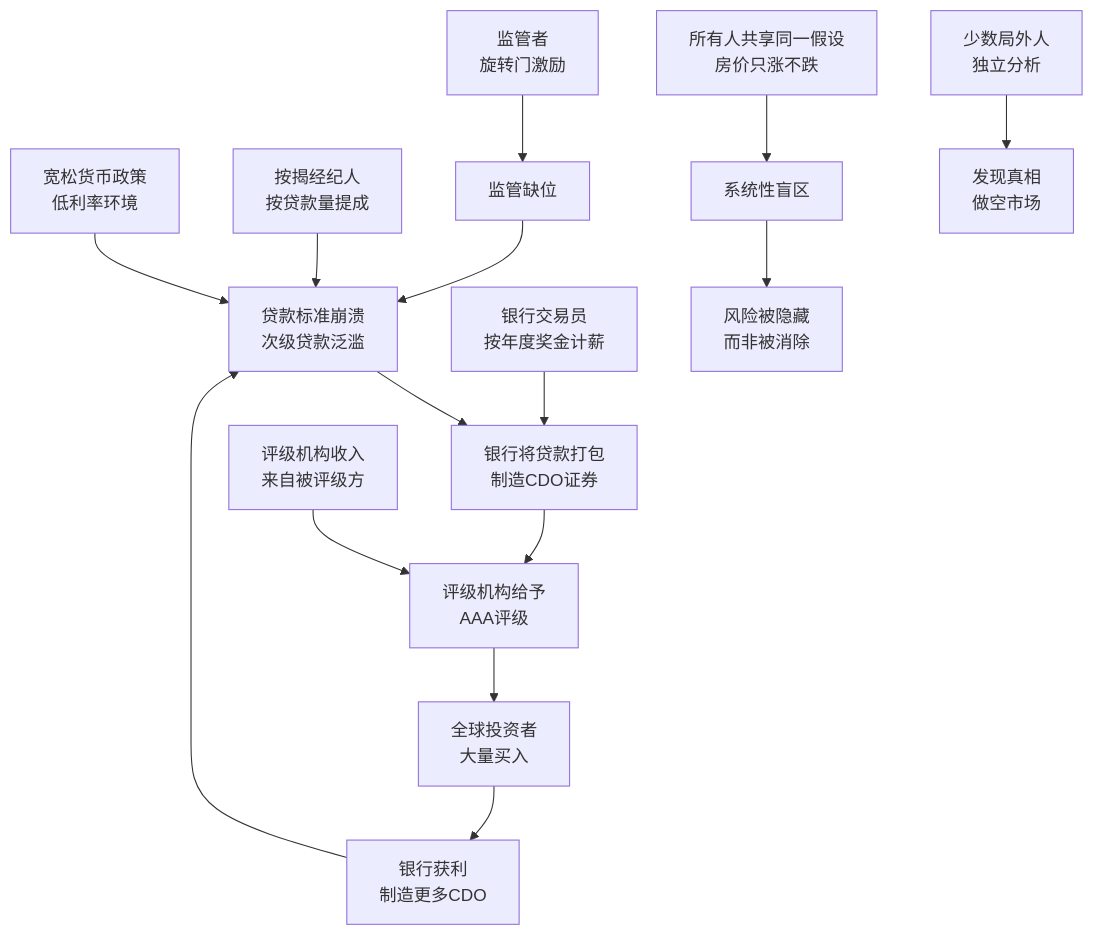
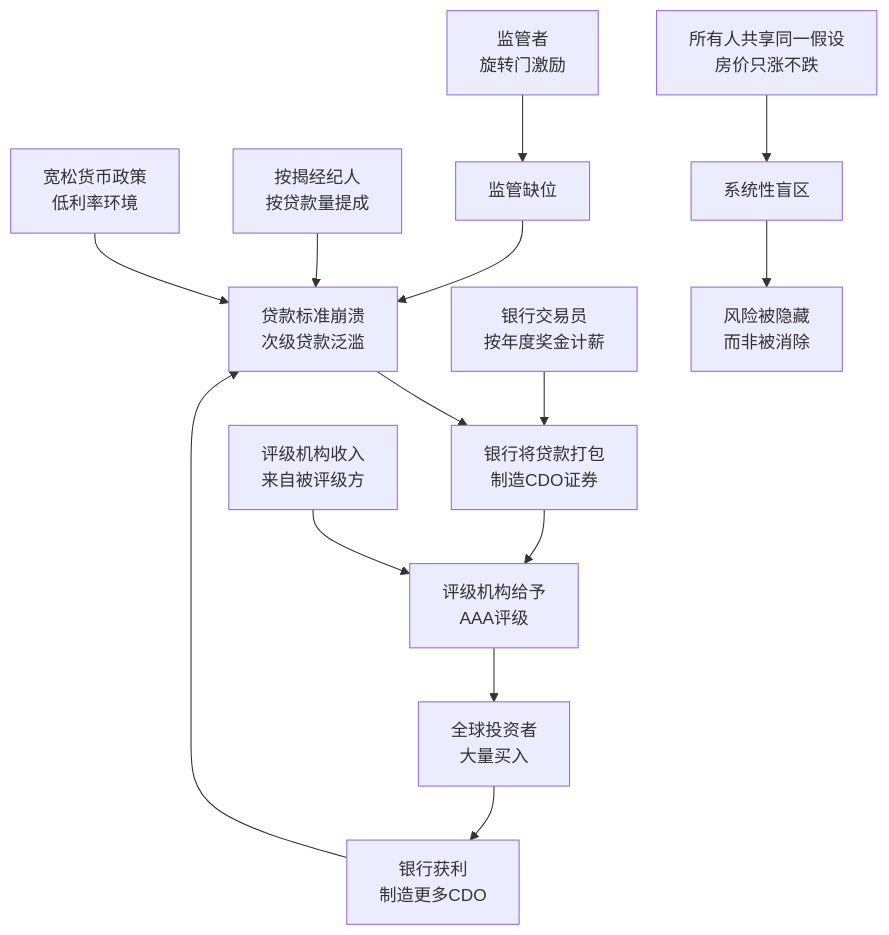
One commit to xdawayer/obsidian changed the first of 2 diagrams in 知识库/商业类/《大空头》 - 迈克尔·刘易斯.md. Above: the diagram before and after it, drawn with Mermaid. The commit also changed other lines of this file and 42 other files, not shown here.

````diff
--- a/知识库/商业类/《大空头》 - 迈克尔·刘易斯.md
+++ b/知识库/商业类/《大空头》 - 迈克尔·刘易斯.md
@@ -33,20 +37,18 @@
 ```mermaid
 graph TD
     A[宽松货币政策<br/>低利率环境] --> B[贷款标准崩溃<br/>次级贷款泛滥]
     B --> C[银行将贷款打包<br/>制造CDO证券]
     C --> D[评级机构给予<br/>AAA评级]
     D --> E[全球投资者<br/>大量买入]
     E --> F[银行获利<br/>制造更多CDO]
     F --> B
 
     G[评级机构收入<br/>来自被评级方] --> D
     H[银行交易员<br/>按年度奖金计薪] --> C
     I[按揭经纪人<br/>按贷款量提成] --> B
     J[监管者<br/>旋转门激励] --> K[监管缺位]
     K --> B
 
     L[所有人共享同一假设<br/>房价只涨不跌] --> M[系统性盲区]
     M --> N[风险被隐藏<br/>而非被消除]
-
-    O[少数局外人<br/>独立分析] --> P[发现真相<br/>做空市场]
 ```
````
